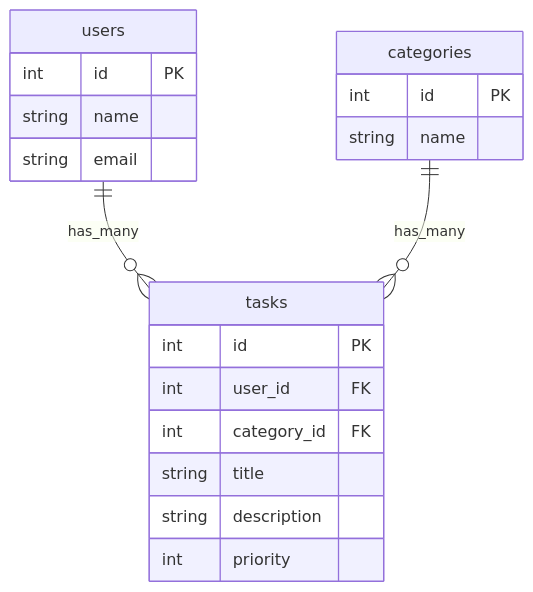
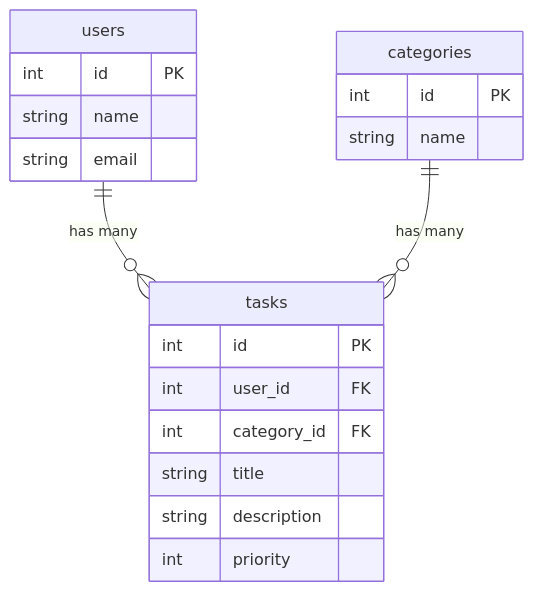
One commit to shunsukem1993-a11y/task-manager-2 changed the diagram in README.md. Above: the diagram before and after it, drawn with Mermaid.

````diff
--- a/README.md
+++ b/README.md
@@ -20,25 +20,25 @@
 ```mermaid
 erDiagram
     users {
         int id PK
         string name
         string email
     }
 
     categories {
         int id PK
         string name
     }
 
     tasks {
         int id PK
         int user_id FK
         int category_id FK
         string title
         string description
         int priority
     }
 
-    users ||--o{ tasks : has_many
-    categories ||--o{ tasks : has_many
+    users ||--o{ tasks : "has many"
+    categories ||--o{ tasks : "has many"
 ```
````
